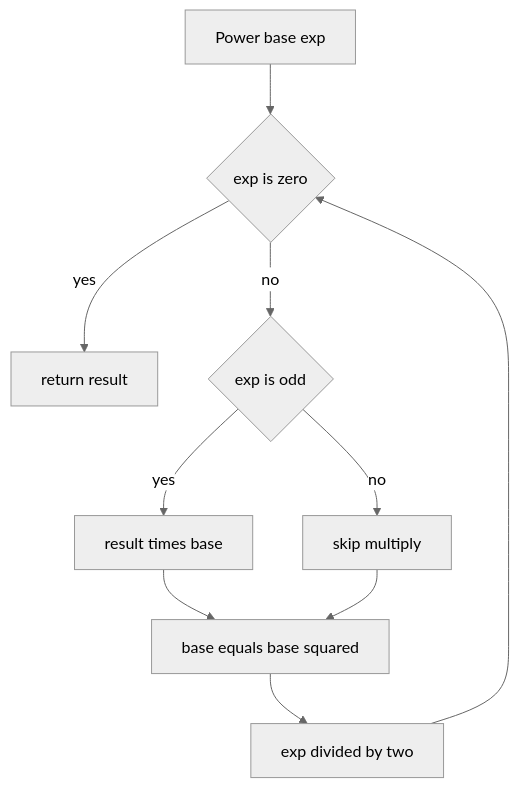
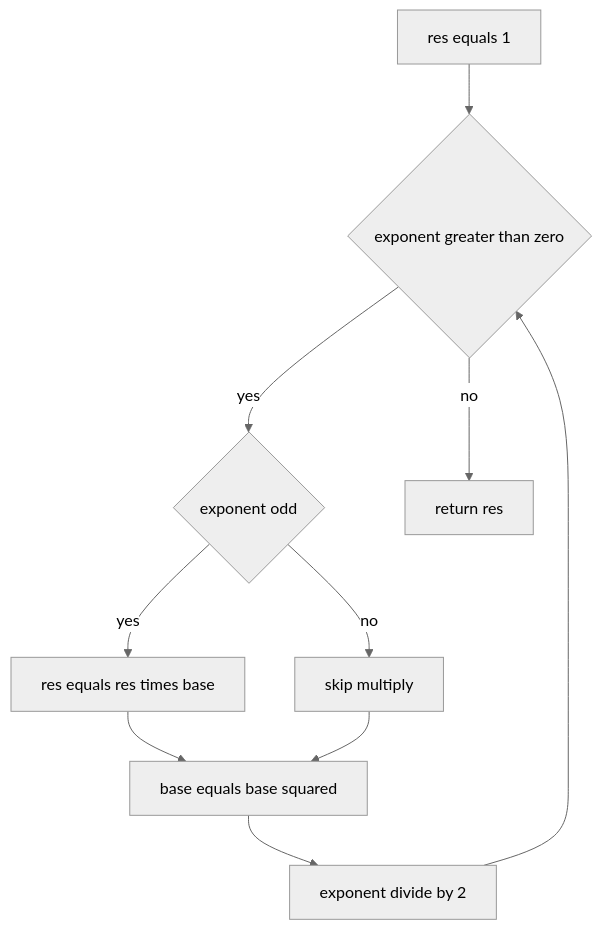
The fifth of 14 diagrams in CP_DSA_NOTES/000_MATH/cp_dsa_math_visual_reference.md (mthaiseer/springcloud-systemdesign-notes), drawn with Mermaid (neutral theme) before and after one commit. The commit also changed other lines of this file, not shown here.

````diff
--- a/CP_DSA_NOTES/000_MATH/cp_dsa_math_visual_reference.md
+++ b/CP_DSA_NOTES/000_MATH/cp_dsa_math_visual_reference.md
@@ -117,12 +155,12 @@
 ```mermaid
 flowchart TD
-    A[Power base exp] --> B{exp is zero}
-    B -->|yes| C[return result]
-    B -->|no| D{exp is odd}
-    D -->|yes| E[result times base]
-    D -->|no| F[skip multiply]
-    E --> G[base equals base squared]
-    F --> G
-    G --> H[exp divided by two]
-    H --> B
+    A[res equals 1] --> B{exponent greater than zero}
+    B -->|yes| C{exponent odd}
+    C -->|yes| D[res equals res times base]
+    C -->|no| E[skip multiply]
+    D --> F[base equals base squared]
+    E --> F
+    F --> G[exponent divide by 2]
+    G --> B
+    B -->|no| H[return res]
 ```
````
